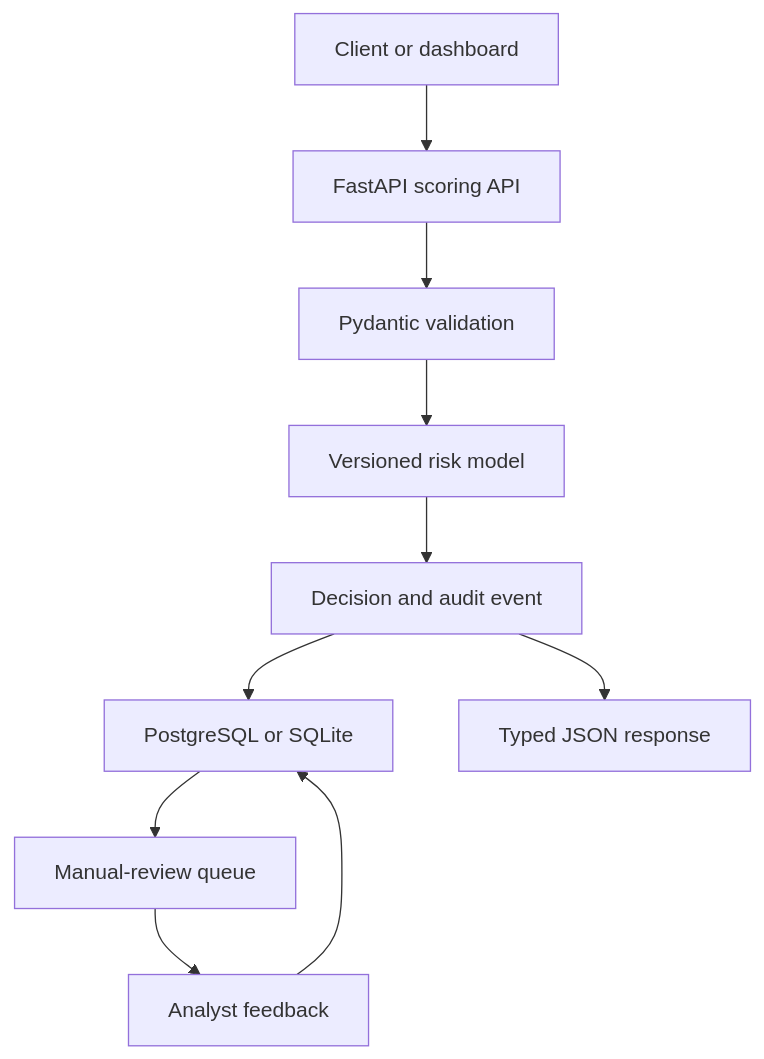
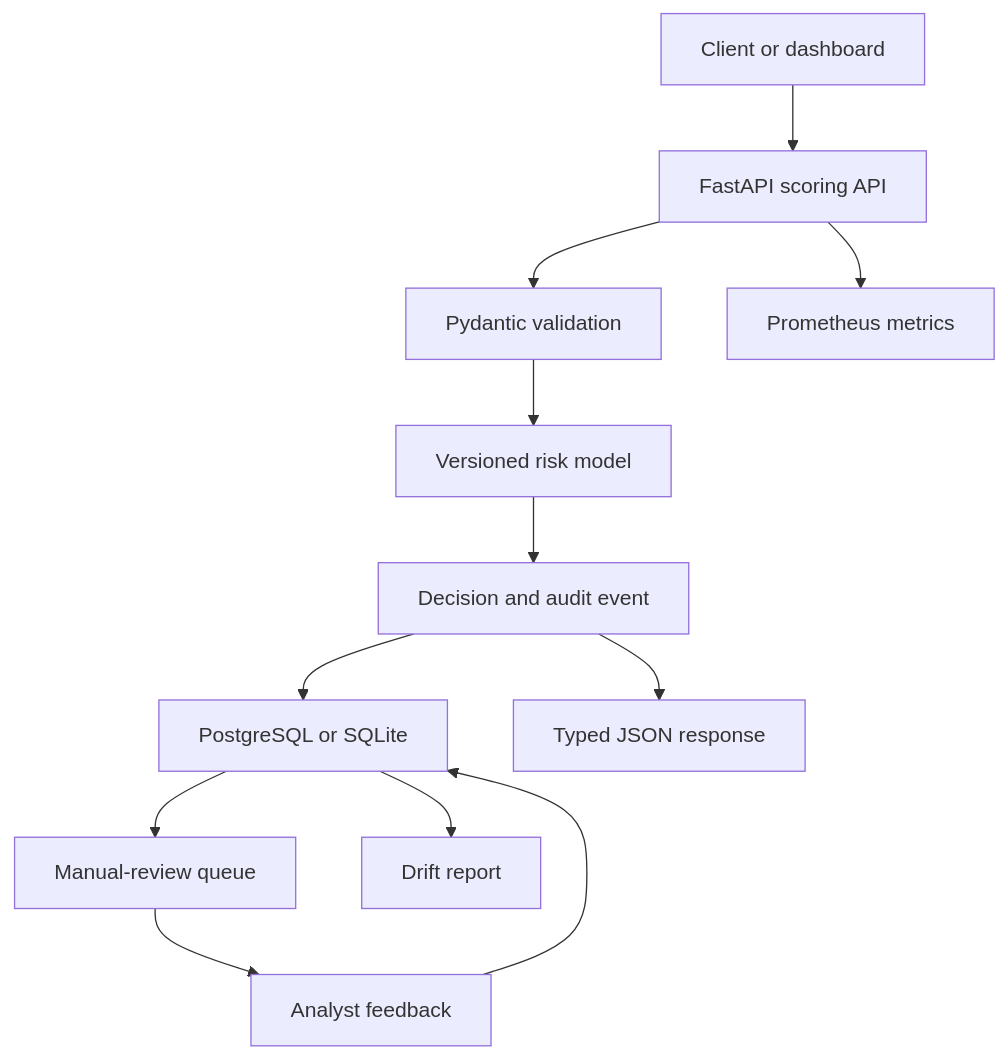
One commit to YasserJJJJ/riskpulse changed the diagram in README.md. Above: the diagram before and after it, drawn with Mermaid. The commit also changed other lines of this file and 22 other files, not shown here.

Commit message:
Add Prometheus monitoring and drift detection

````diff
--- a/README.md
+++ b/README.md
@@ -33,12 +36,14 @@
 ```mermaid
 flowchart TD
     C["Client or dashboard"] --> A["FastAPI scoring API"]
     A --> V["Pydantic validation"]
     V --> M["Versioned risk model"]
     M --> D["Decision and audit event"]
     D --> P["PostgreSQL or SQLite"]
     D --> R["Typed JSON response"]
     P --> Q["Manual-review queue"]
     Q --> F["Analyst feedback"]
     F --> P
+    P --> O["Drift report"]
+    A --> X["Prometheus metrics"]
 ```
````
